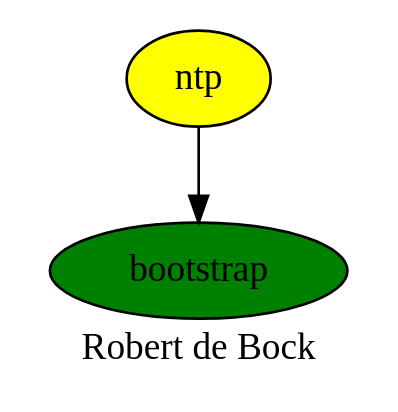
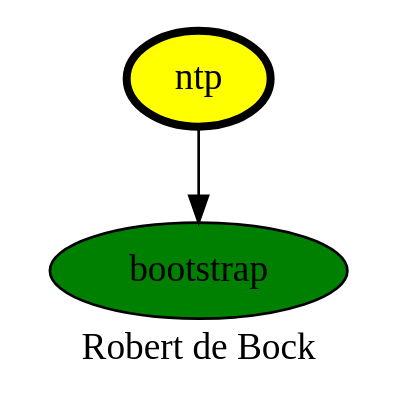
One commit to robertdebock/robertdebock.github.io changed the diagram in ntp.dot. Above: the diagram before and after it, drawn with Graphviz. The commit also changed 24 other files, not shown here.

```diff
--- a/ntp.dot
+++ b/ntp.dot
@@ -1,9 +1,9 @@
 digraph PhiloDilemma {
   label = "Robert de Bock" ;
   overlap=false
   {
     bootstrap [fillcolor=green style=filled]
-    ntp [fillcolor=yellow style=filled]
+    ntp [fillcolor=yellow style=filled penwidth=3]
   }
   ntp -> bootstrap
 }
```
